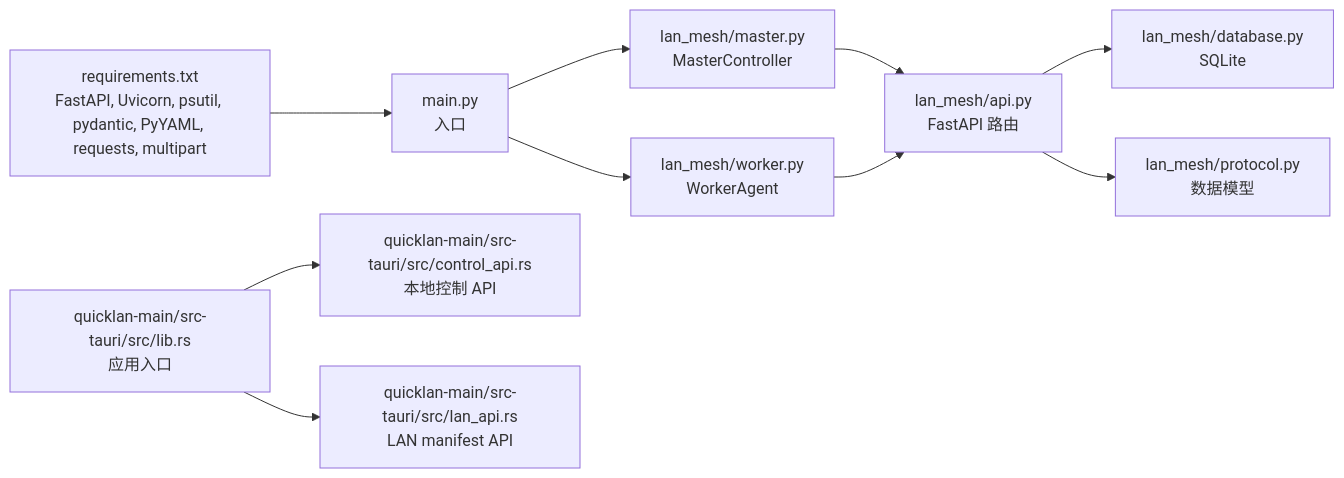
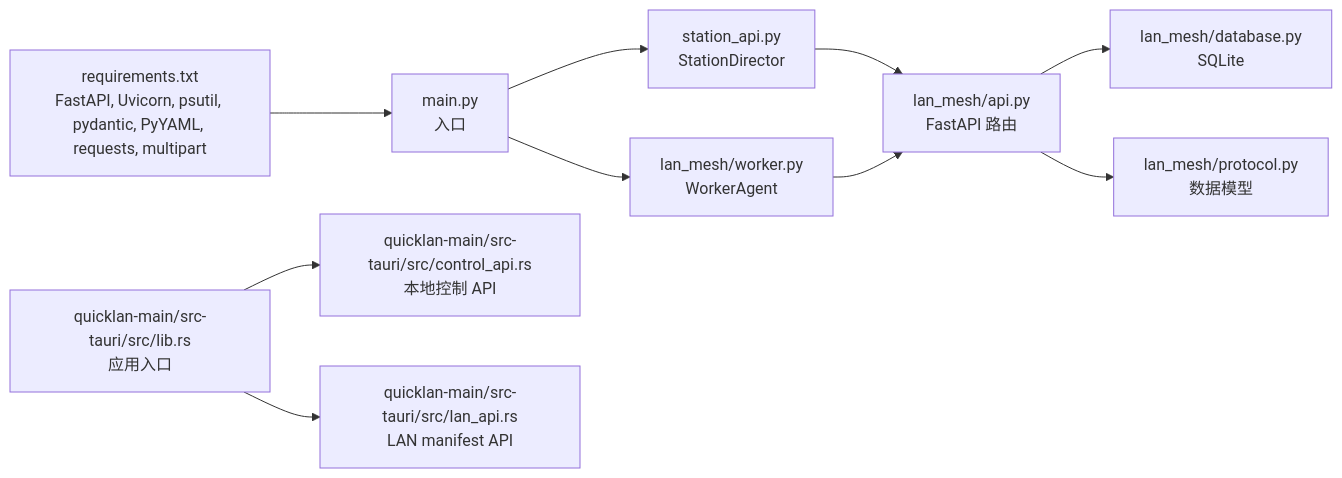
One commit to targalian/Personal-distributed-workstation changed the fifth of 5 diagrams in .qoder/repowiki/zh/content/API 参考手册/API 参考手册.md. Above: the diagram before and after it, drawn with Mermaid. The commit also changed other lines of this file and 63 other files, not shown here.

Commit message:
docs(station): 同步 repo wiki 至 station_controller/station_api 架构

````diff
--- a/.qoder/repowiki/zh/content/API 参考手册/API 参考手册.md
+++ b/.qoder/repowiki/zh/content/API 参考手册/API 参考手册.md
@@ -581,22 +581,22 @@
 ```mermaid
 graph LR
 Req["requirements.txt<br/>FastAPI, Uvicorn, psutil, pydantic, PyYAML, requests, multipart"]
 Main["main.py<br/>入口"]
-Master["lan_mesh/master.py<br/>MasterController"]
+Master["station_api.py<br/>StationDirector"]
 Worker["lan_mesh/worker.py<br/>WorkerAgent"]
 API["lan_mesh/api.py<br/>FastAPI 路由"]
 DB["lan_mesh/database.py<br/>SQLite"]
 Proto["lan_mesh/protocol.py<br/>数据模型"]
 RL["quicklan-main/src-tauri/src/lib.rs<br/>应用入口"]
 CA["quicklan-main/src-tauri/src/control_api.rs<br/>本地控制 API"]
 LA["quicklan-main/src-tauri/src/lan_api.rs<br/>LAN manifest API"]
 Req --> Main
 Main --> Master
 Main --> Worker
 Master --> API
 Worker --> API
 API --> DB
 API --> Proto
 RL --> CA
 RL --> LA
 ```
````
